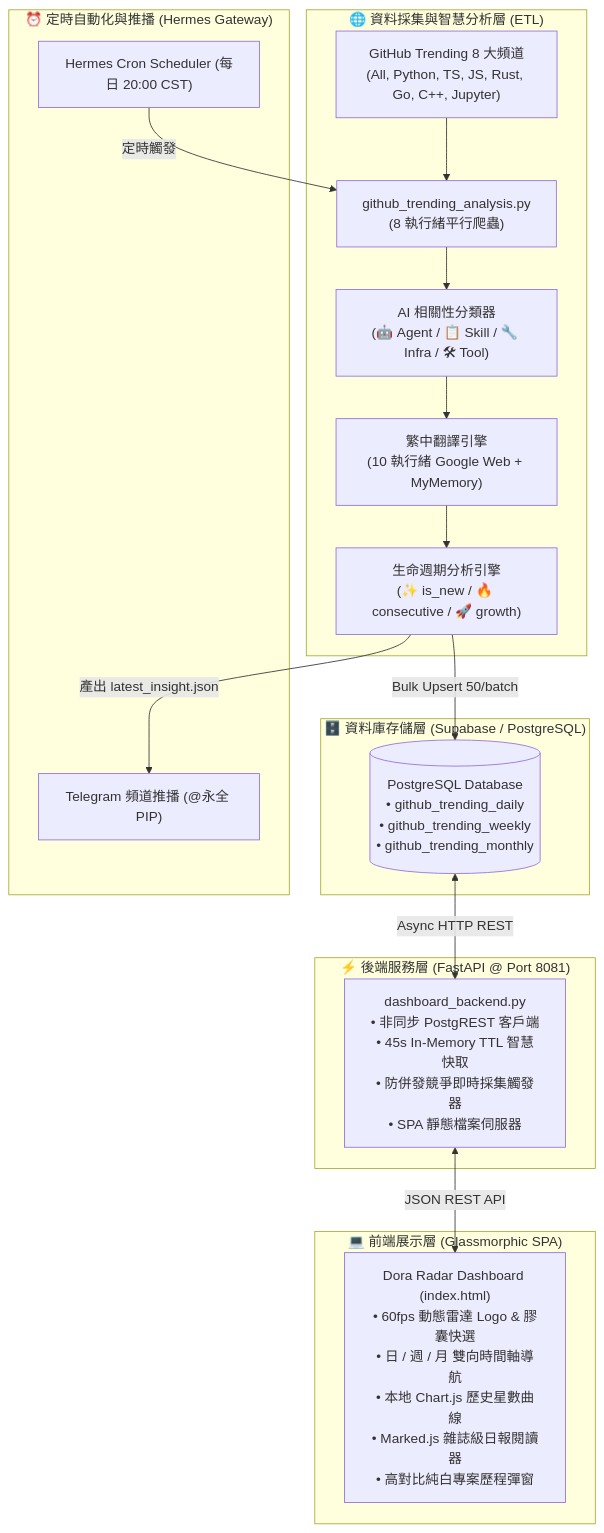
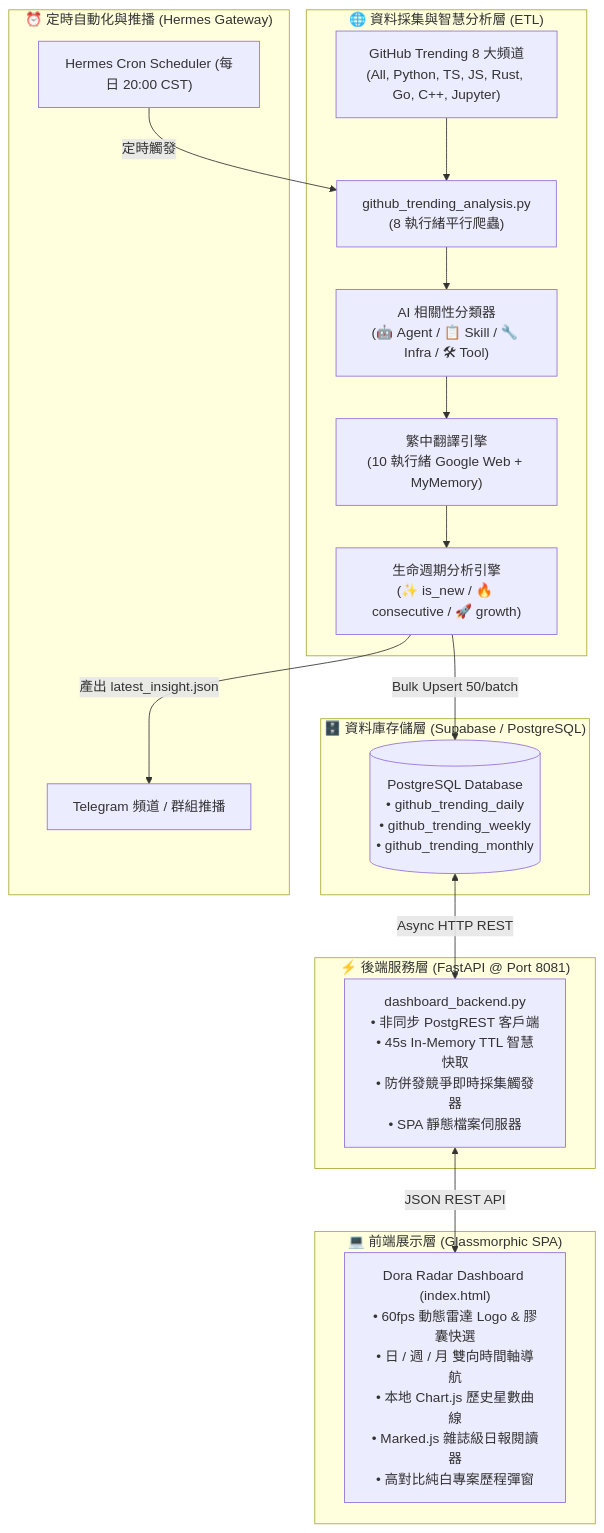
The diagram in README.md (PingpowerTW/dora-radar), drawn with Mermaid before and after one commit. The commit also changed other lines of this file and 2 other files, not shown here.

Commit message:
chore: 移除專案中涉及私人與組織名稱等敏感字樣

````diff
--- a/README.md
+++ b/README.md
@@ -76,37 +76,37 @@
 ```mermaid
 flowchart TD
     subgraph DataCollection ["🌐 資料採集與智慧分析層 (ETL)"]
         GH["GitHub Trending 8 大頻道\n(All, Python, TS, JS, Rust, Go, C++, Jupyter)"]
         Scraper["github_trending_analysis.py\n(8 執行緒平行爬蟲)"]
         Classifier["AI 相關性分類器\n(🤖 Agent / 📋 Skill / 🔧 Infra / 🛠 Tool)"]
         Translator["繁中翻譯引擎\n(10 執行緒 Google Web + MyMemory)"]
         Lifecycle["生命週期分析引擎\n(✨ is_new / 🔥 consecutive / 🚀 growth)"]
         
         GH --> Scraper
         Scraper --> Classifier
         Classifier --> Translator
         Translator --> Lifecycle
     end
 
     subgraph StorageLayer ["🗄️ 資料庫存儲層 (Supabase / PostgreSQL)"]
         DB[("PostgreSQL Database\n• github_trending_daily\n• github_trending_weekly\n• github_trending_monthly")]
         Lifecycle -->|Bulk Upsert 50/batch| DB
     end
 
     subgraph ServiceLayer ["⚡ 後端服務層 (FastAPI @ Port 8081)"]
         API["dashboard_backend.py\n• 非同步 PostgREST 客戶端\n• 45s In-Memory TTL 智慧快取\n• 防併發競爭即時採集觸發器\n• SPA 靜態檔案伺服器"]
         DB <-->|Async HTTP REST| API
     end
 
     subgraph PresentationLayer ["💻 前端展示層 (Glassmorphic SPA)"]
         UI["Dora Radar Dashboard (index.html)\n• 60fps 動態雷達 Logo & 膠囊快選\n• 日 / 週 / 月 雙向時間軸導航\n• 本地 Chart.js 歷史星數曲線\n• Marked.js 雜誌級日報閱讀器\n• 高對比純白專案歷程彈窗"]
         API <-->|JSON REST API| UI
     end
 
     subgraph AutomationLayer ["⏰ 定時自動化與推播 (Hermes Gateway)"]
         Cron["Hermes Cron Scheduler (每日 20:00 CST)"]
-        TG["Telegram 頻道推播 (@永全 PIP)"]
+        TG["Telegram 頻道 / 群組推播"]
         Cron -->|定時觸發| Scraper
         Lifecycle -->|產出 latest_insight.json| TG
     end
 ```
````
